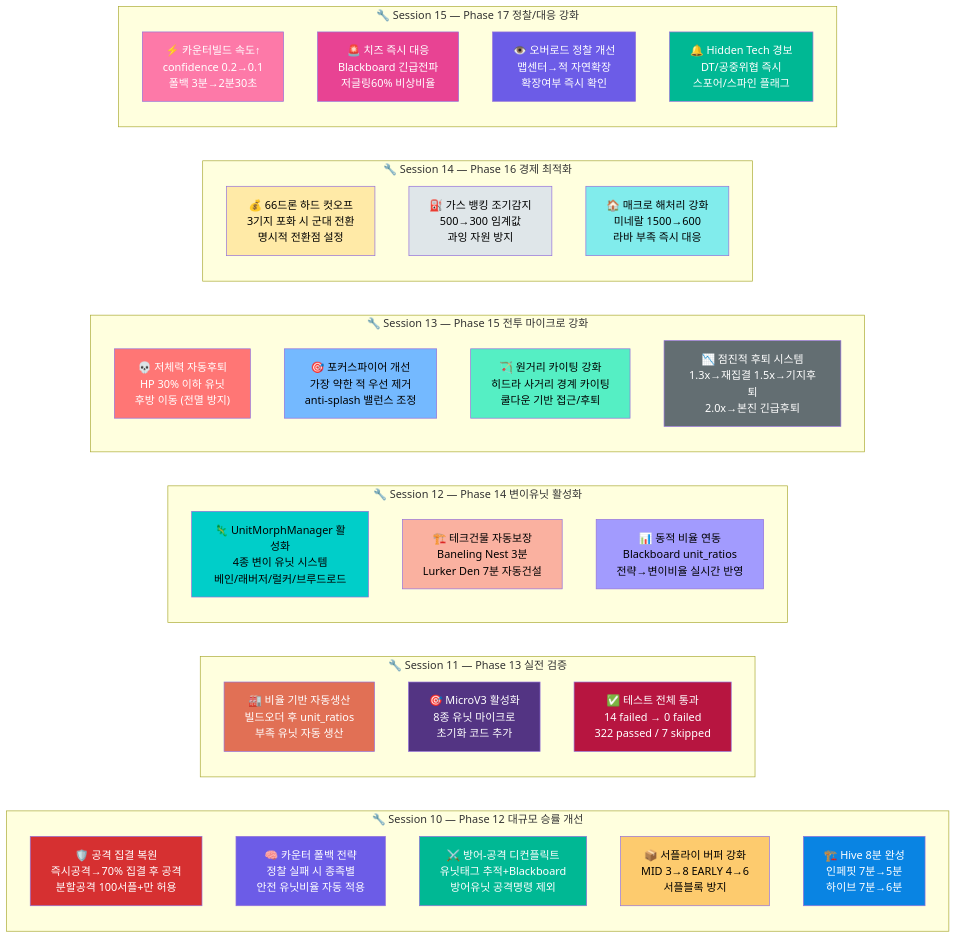
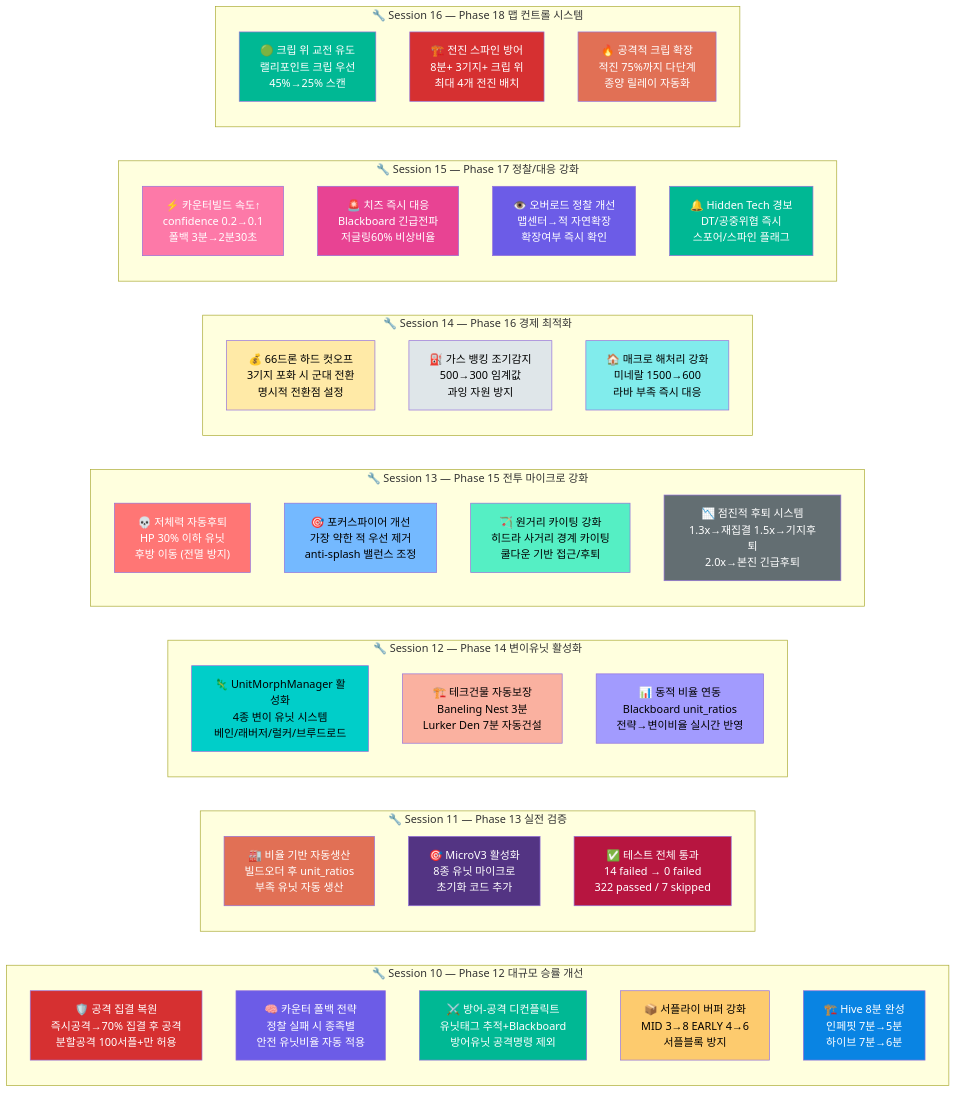
One commit to sun475300-sudo/Swarm-control-in-sc2bot changed diagram 31 of 31 in README.md. Above: the diagram before and after it, drawn with Mermaid. The commit also changed other lines of this file and 3 other files, not shown here.

First line of the commit message:
feat: Phase 18 맵 컨트롤 시스템 — 크립교전 + 전진스파인 + 공격적크립

````diff
--- a/README.md
+++ b/README.md
@@ -918,6 +920,13 @@
         FIX22["🔔 Hidden Tech 경보<br/>DT/공중위협 즉시<br/>스포어/스파인 플래그"]
     end
 
+    subgraph "🔧 Session 16 — Phase 18 맵 컨트롤 시스템"
+        direction TB
+        FIX23["🟢 크립 위 교전 유도<br/>랠리포인트 크립 우선<br/>45%→25% 스캔"]
+        FIX24["🏗️ 전진 스파인 방어<br/>8분+ 3기지+ 크립 위<br/>최대 4개 전진 배치"]
+        FIX25["🔥 공격적 크립 확장<br/>적진 75%까지 다단계<br/>종양 릴레이 자동화"]
+    end
+
     style FIX1 fill:#d63031,color:#fff
     style FIX2 fill:#6c5ce7,color:#fff
     style FIX3 fill:#00b894,color:#fff
@@ -940,4 +949,7 @@
     style FIX20 fill:#e84393,color:#fff
     style FIX21 fill:#6c5ce7,color:#fff
     style FIX22 fill:#00b894,color:#fff
+    style FIX23 fill:#00b894,color:#fff
+    style FIX24 fill:#d63031,color:#fff
+    style FIX25 fill:#e17055,color:#fff
 ```
````
